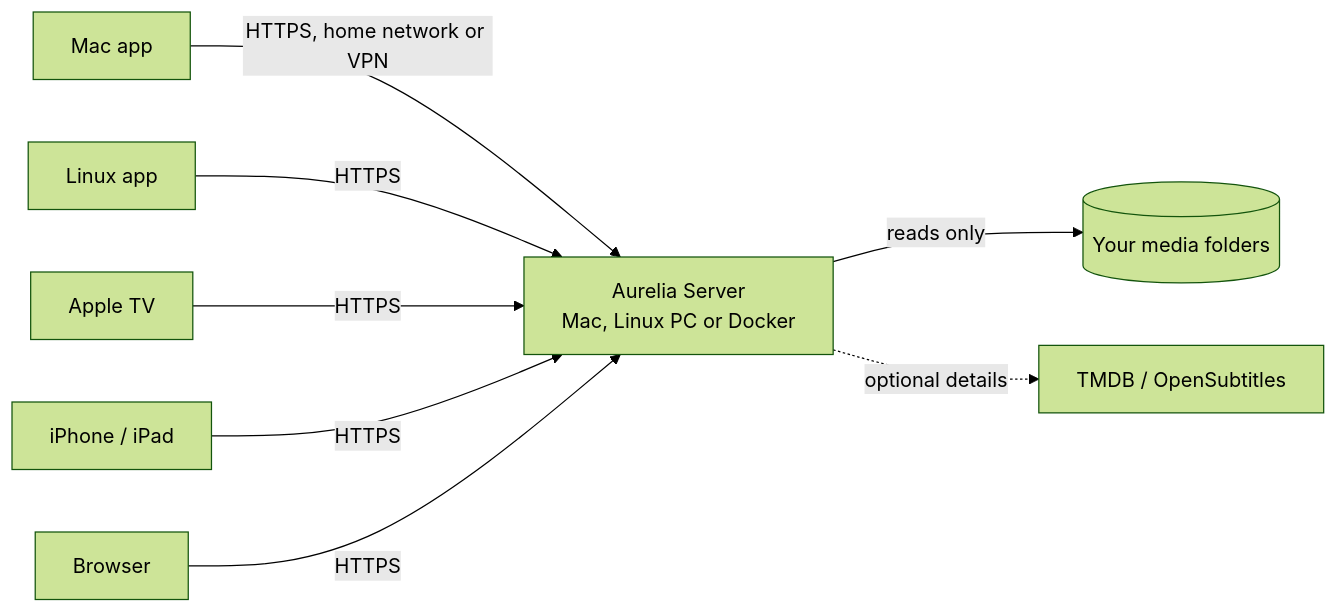
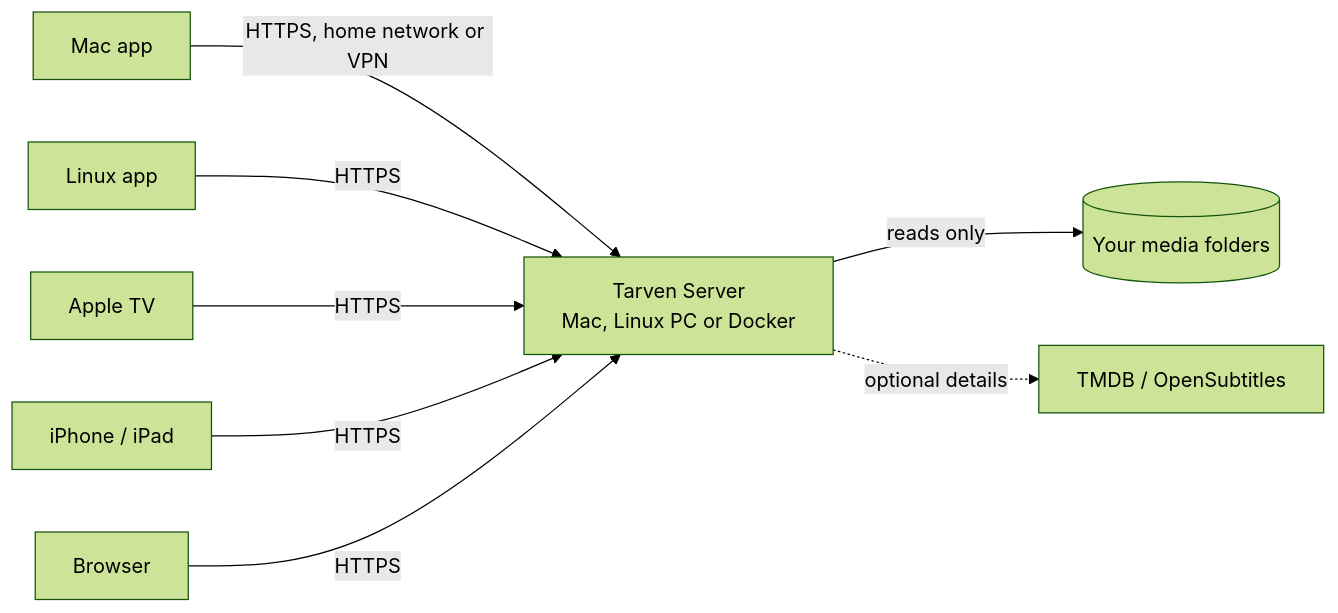
Before and after one commit to lucaskleinsteuber/Aurelia: the diagram in README.md, drawn with Mermaid (forest theme). The commit also changed other lines of this file and 2652 other files, not shown here.

First line of the commit message:
Rename Aurelia to Tarven [skip ci]

````diff
--- a/README.md
+++ b/README.md
@@ -170,10 +172,10 @@
 ```mermaid
 flowchart LR
     mac["Mac app"] -- "HTTPS, home network or VPN" --> server
     linux["Linux app"] -- "HTTPS" --> server
     tv["Apple TV"] -- "HTTPS" --> server
     ios["iPhone / iPad"] -- "HTTPS" --> server
     web["Browser"] -- "HTTPS" --> server
-    server["Aurelia Server<br/>Mac, Linux PC or Docker"] -- "reads only" --> media[("Your media folders")]
+    server["Tarven Server<br/>Mac, Linux PC or Docker"] -- "reads only" --> media[("Your media folders")]
     server -. "optional details" .-> tmdb["TMDB / OpenSubtitles"]
 ```
````
